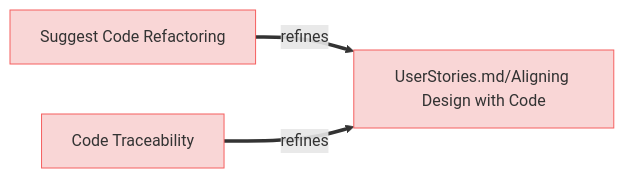
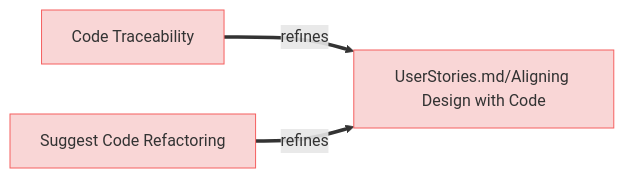
The third of 11 diagrams in specifications/UserRequirements.md (reqvire-org/reqvire), drawn with Mermaid before and after one commit. The commit also changed other lines of this file and 25 other files, not shown here.

````diff
--- a/specifications/UserRequirements.md
+++ b/specifications/UserRequirements.md
@@ -202,19 +208,20 @@
 ```mermaid
 graph LR;
   %% Graph styling
   classDef requirement fill:#f9d6d6,stroke:#f55f5f,stroke-width:1px;
   classDef verification fill:#d6f9d6,stroke:#5fd75f,stroke-width:1px;
   classDef externalLink fill:#d0e0ff,stroke:#3080ff,stroke-width:1px;
   classDef default fill:#f5f5f5,stroke:#333333,stroke-width:1px;
+
+  1fc4e44d5f["Code Traceability"];
+  click 1fc4e44d5f "UserRequirements.md#code-traceability";
+  class 1fc4e44d5f requirement;
+  de2d3516cd["UserStories.md/Aligning Design with Code"];
+  class de2d3516cd requirement;
+  click de2d3516cd "UserStories.md#aligning-design-with-code";
+  1fc4e44d5f ==>|refines| de2d3516cd;
   5922f3ef03["Suggest Code Refactoring"];
   click 5922f3ef03 "UserRequirements.md#suggest-code-refactoring";
   class 5922f3ef03 requirement;
-  de2d3516cd["UserStories.md/Aligning Design with Code"];
-  class de2d3516cd requirement;
-  click de2d3516cd "UserStories.md#aligning-design-with-code";
   5922f3ef03 ==>|refines| de2d3516cd;
-  1fc4e44d5f["Code Traceability"];
-  click 1fc4e44d5f "UserRequirements.md#code-traceability";
-  class 1fc4e44d5f requirement;
-  1fc4e44d5f ==>|refines| de2d3516cd;
 ```
````
